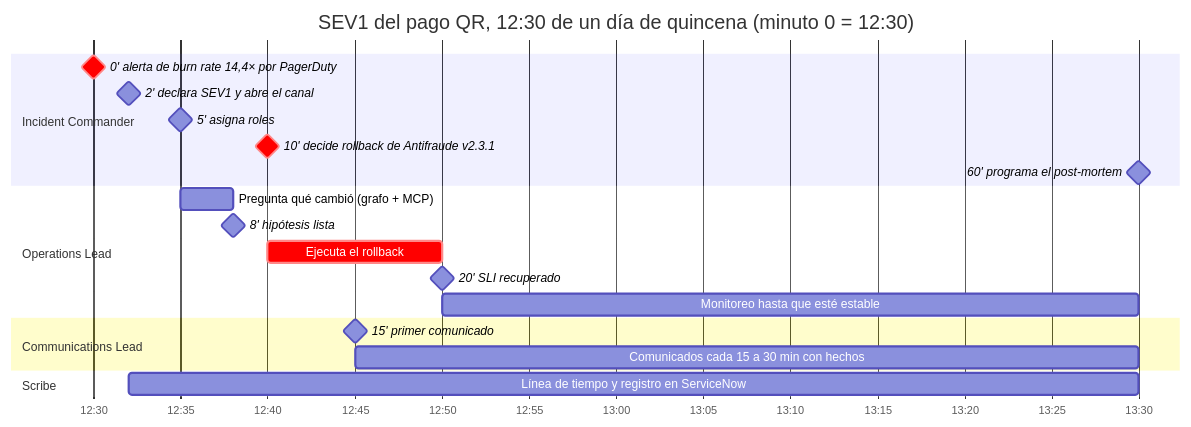
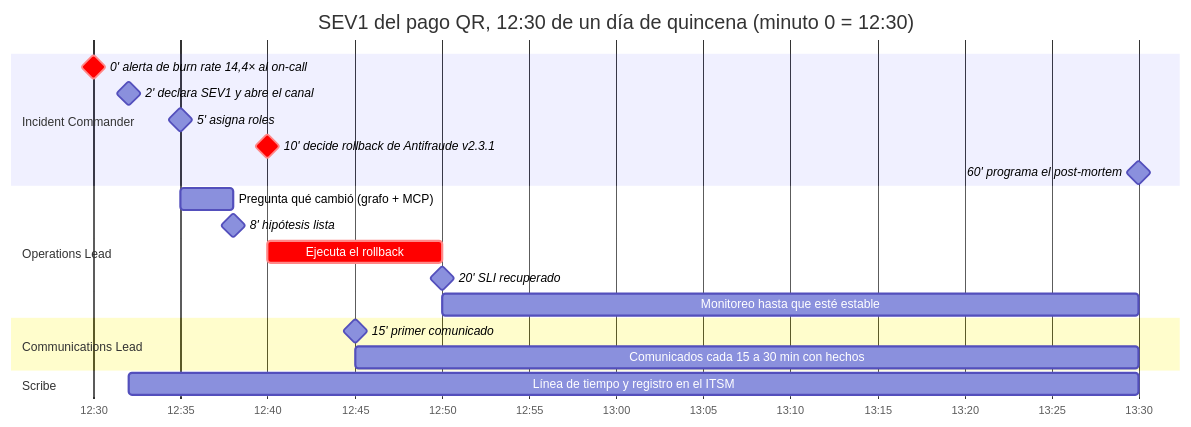
Before and after one commit to locosebas/necesidadesYGrafos: diagram 11 of 12 in devops-senior/temas/25-davivienda-sre-observabilidad/presentacion-libreto.md, drawn with Mermaid. The commit also changed other lines of this file and 2 other files, not shown here.

````diff
--- a/devops-senior/temas/25-davivienda-sre-observabilidad/presentacion-libreto.md
+++ b/devops-senior/temas/25-davivienda-sre-observabilidad/presentacion-libreto.md
@@ -713,27 +713,27 @@
 ```mermaid
 gantt
     title SEV1 del pago QR, 12:30 de un día de quincena (minuto 0 = 12:30)
     dateFormat HH:mm
     axisFormat %H:%M
 
     section Incident Commander
-    0' alerta de burn rate 14,4× por PagerDuty   :crit, milestone, m0, 12:30, 0m
+    0' alerta de burn rate 14,4× al on-call   :crit, milestone, m0, 12:30, 0m
     2' declara SEV1 y abre el canal              :milestone, m1, 12:32, 0m
     5' asigna roles                              :milestone, m2, 12:35, 0m
     10' decide rollback de Antifraude v2.3.1     :crit, milestone, m3, 12:40, 0m
     60' programa el post-mortem                  :milestone, m4, 13:30, 0m
 
     section Operations Lead
     Pregunta qué cambió (grafo + MCP)            :ops1, 12:35, 3m
     8' hipótesis lista                           :milestone, m5, 12:38, 0m
     Ejecuta el rollback                          :crit, ops2, 12:40, 10m
     20' SLI recuperado                           :milestone, m6, 12:50, 0m
     Monitoreo hasta que esté estable             :ops3, 12:50, 40m
 
     section Communications Lead
     15' primer comunicado                        :milestone, m7, 12:45, 0m
     Comunicados cada 15 a 30 min con hechos      :com1, 12:45, 45m
 
     section Scribe
-    Línea de tiempo y registro en ServiceNow     :scr1, 12:32, 58m
+    Línea de tiempo y registro en el ITSM     :scr1, 12:32, 58m
 ```
````
